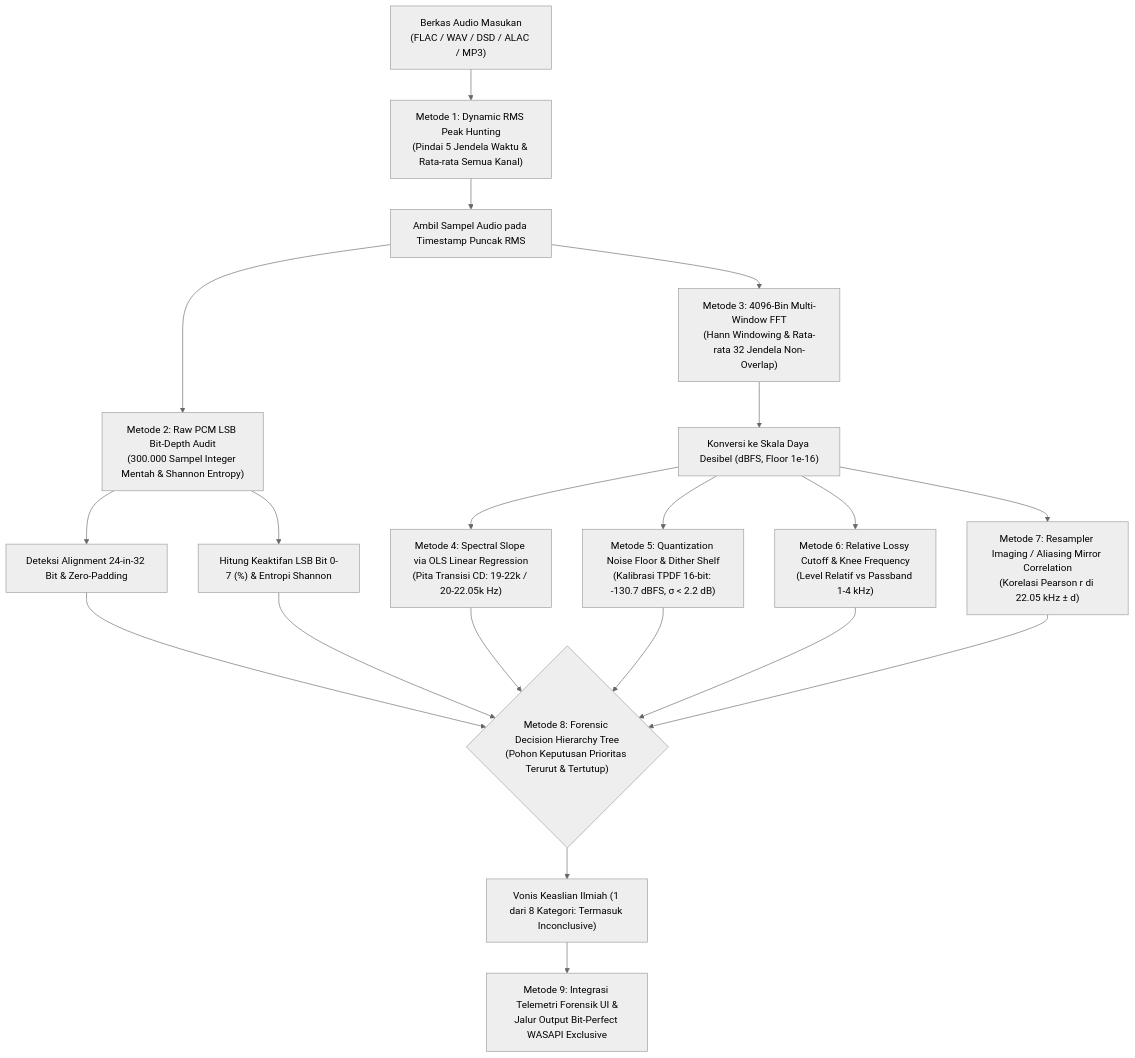
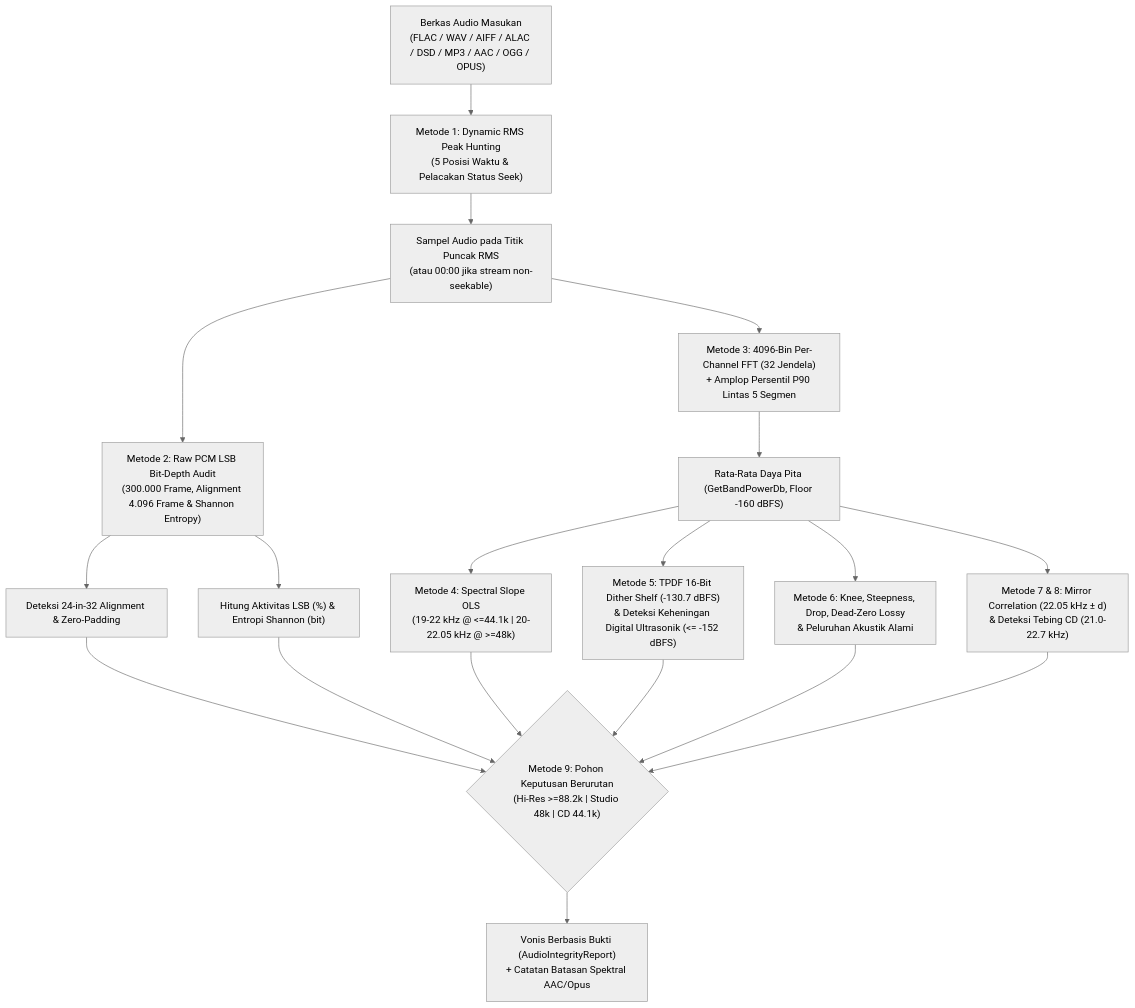
One commit to salfffariss/AuraAudio changed the diagram in docs/METODE_ANALISIS_KEASLIAN_AUDIO.md. Above: the diagram before and after it, drawn with Mermaid (neutral theme). The commit also changed other lines of this file and 14 other files, not shown here.

Commit message:
release: v2.0.1 - forensic engine hardening and native AIFF decoder

````diff
--- a/docs/METODE_ANALISIS_KEASLIAN_AUDIO.md
+++ b/docs/METODE_ANALISIS_KEASLIAN_AUDIO.md
@@ -14,28 +15,21 @@
 ```mermaid
 flowchart TD
-    A["Berkas Audio Masukan<br/>(FLAC / WAV / DSD / ALAC / MP3)"] --> B["Metode 1: Dynamic RMS Peak Hunting<br/>(Pindai 5 Jendela Waktu & Rata-rata Semua Kanal)"]
-    
-    B --> C["Ambil Sampel Audio pada Timestamp Puncak RMS"]
-    
-    C --> D["Metode 2: Raw PCM LSB Bit-Depth Audit<br/>(300.000 Sampel Integer Mentah & Shannon Entropy)"]
-    C --> E["Metode 3: 4096-Bin Multi-Window FFT<br/>(Hann Windowing & Rata-rata 32 Jendela Non-Overlap)"]
-    
-    D --> D1["Deteksi Alignment 24-in-32 Bit & Zero-Padding"]
-    D --> D2["Hitung Keaktifan LSB Bit 0-7 (%) & Entropi Shannon"]
-    
-    E --> E1["Konversi ke Skala Daya Desibel (dBFS, Floor 1e-16)"]
-    E1 --> F["Metode 4: Spectral Slope via OLS Linear Regression<br/>(Pita Transisi CD: 19-22k / 20-22.05k Hz)"]
-    E1 --> G["Metode 5: Quantization Noise Floor & Dither Shelf<br/>(Kalibrasi TPDF 16-bit: -130.7 dBFS, σ < 2.2 dB)"]
-    E1 --> H["Metode 6: Relative Lossy Cutoff & Knee Frequency<br/>(Level Relatif vs Passband 1-4 kHz)"]
-    E1 --> I["Metode 7: Resampler Imaging / Aliasing Mirror Correlation<br/>(Korelasi Pearson r di 22.05 kHz ± d)"]
-    
-    D1 --> J{"Metode 8: Forensic Decision Hierarchy Tree<br/>(Pohon Keputusan Prioritas Terurut & Tertutup)"}
+    A["Berkas Audio Masukan<br/>(FLAC / WAV / AIFF / ALAC / DSD / MP3 / AAC / OGG / OPUS)"] --> B["Metode 1: Dynamic RMS Peak Hunting<br/>(5 Posisi Waktu & Pelacakan Status Seek)"]
+    B --> C["Sampel Audio pada Titik Puncak RMS<br/>(atau 00:00 jika stream non-seekable)"]
+    C --> D["Metode 2: Raw PCM LSB Bit-Depth Audit<br/>(300.000 Frame, Alignment 4.096 Frame & Shannon Entropy)"]
+    C --> E["Metode 3: 4096-Bin Per-Channel FFT (32 Jendela)<br/>+ Amplop Persentil P90 Lintas 5 Segmen"]
+    D --> D1["Deteksi 24-in-32 Alignment & Zero-Padding"]
+    D --> D2["Hitung Aktivitas LSB (%) & Entropi Shannon (bit)"]
+    E --> E1["Rata-Rata Daya Pita (GetBandPowerDb, Floor -160 dBFS)"]
+    E1 --> F["Metode 4: Spectral Slope OLS<br/>(19-22 kHz @ <=44.1k | 20-22.05 kHz @ >=48k)"]
+    E1 --> G["Metode 5: TPDF 16-Bit Dither Shelf (-130.7 dBFS)<br/>& Deteksi Keheningan Digital Ultrasonik (<= -152 dBFS)"]
+    E1 --> H["Metode 6: Knee, Steepness, Drop, Dead-Zero Lossy<br/>& Peluruhan Akustik Alami"]
+    E1 --> I["Metode 7 & 8: Mirror Correlation (22.05 kHz ± d)<br/>& Deteksi Tebing CD (21.0-22.7 kHz)"]
+    D1 --> J{"Metode 9: Pohon Keputusan Berurutan<br/>(Hi-Res >=88.2k | Studio 48k | CD 44.1k)"}
     D2 --> J
     F --> J
     G --> J
     H --> J
     I --> J
-    
-    J --> K["Vonis Keaslian Ilmiah (1 dari 8 Kategori: Termasuk Inconclusive)"]
-    K --> L["Metode 9: Integrasi Telemetri Forensik UI &<br/>Jalur Output Bit-Perfect WASAPI Exclusive"]
+    J --> K["Vonis Berbasis Bukti (AudioIntegrityReport)<br/>+ Catatan Batasan Spektral AAC/Opus"]
 ```
````
